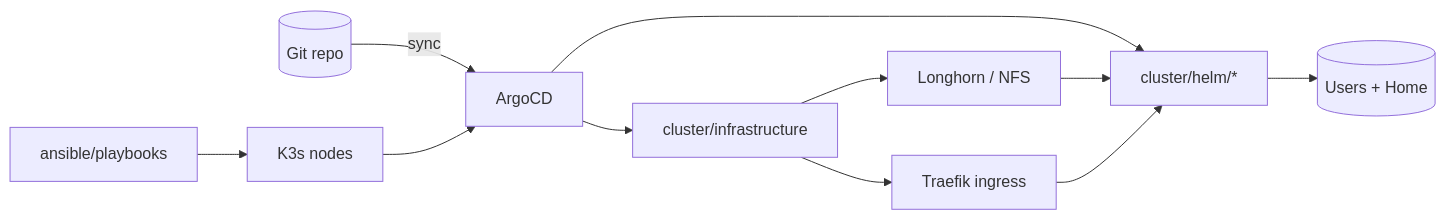
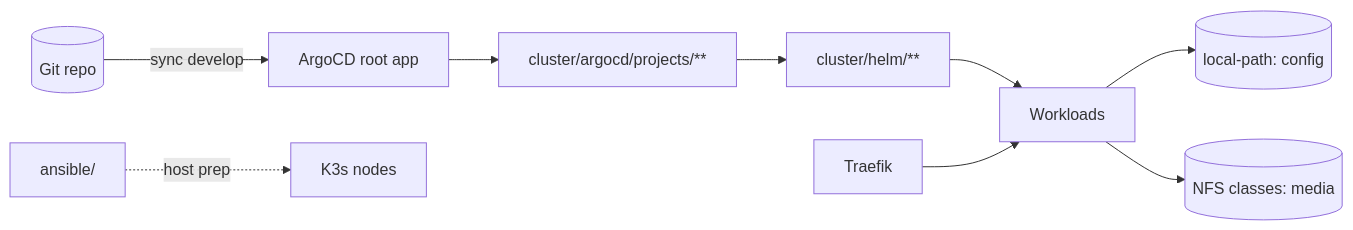
Before and after one commit to vyrtualsynthese/homelab: the first of 2 diagrams in README.md, drawn with Mermaid. The commit also changed other lines of this file and 10 other files, not shown here.

````diff
--- a/README.md
+++ b/README.md
@@ -12,13 +29,11 @@
 ```mermaid
 flowchart LR
-  Git[(Git repo)] -->|sync| ArgoCD
-  ArgoCD --> Infra[cluster/infrastructure]
-  ArgoCD --> Apps[cluster/helm/*]
-  Infra --> Traefik[Traefik ingress]
-  Infra --> Storage[Longhorn / NFS]
-  Apps --> Users[(Users + Home)]
-  Storage --> Apps
-  Traefik --> Apps
-  Ansible[ansible/playbooks] --> Nodes[K3s nodes]
-  Nodes --> ArgoCD
+  Git[(Git repo)] -->|sync develop| ArgoCD[ArgoCD root app]
+  ArgoCD --> Apps[cluster/argocd/projects/**]
+  Apps --> Charts[cluster/helm/**]
+  Charts --> Pods[Workloads]
+  Pods --> LP[(local-path: config)]
+  Pods --> NFS[(NFS classes: media)]
+  Traefik[Traefik] --> Pods
+  Ansible[ansible/] -.host prep.-> Nodes[K3s nodes]
 ```
````
